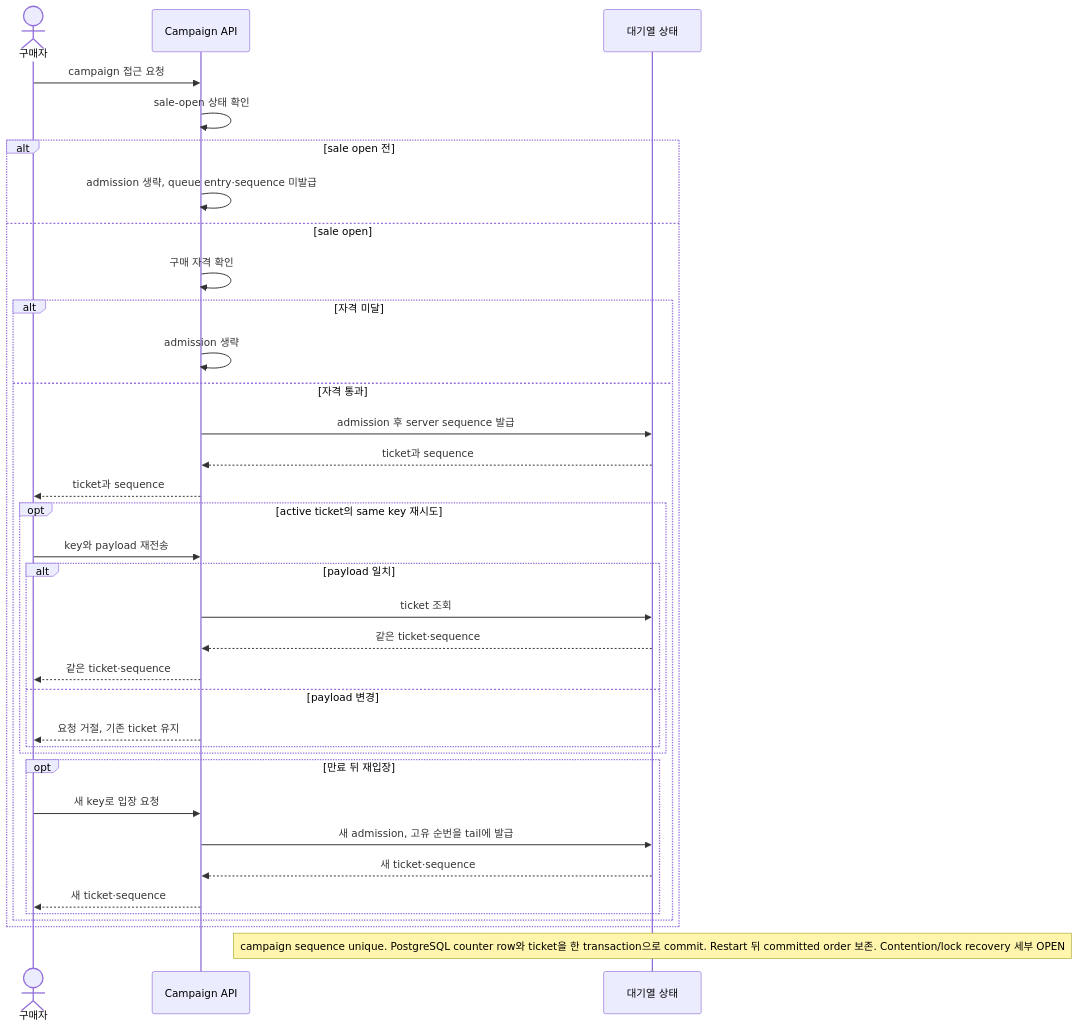
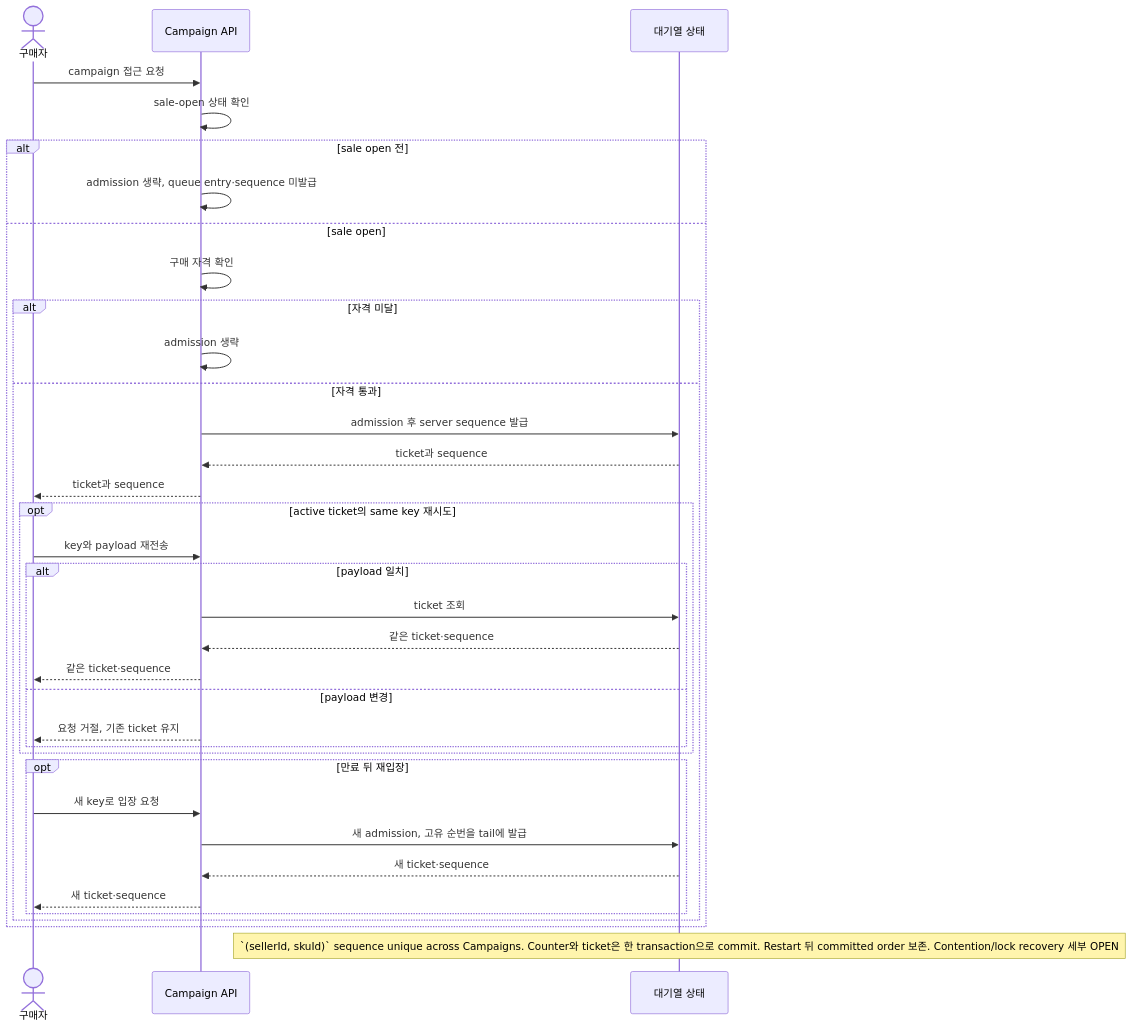
One commit to Neo1228/ATLAS changed the first of 2 diagrams in docs/03-domain/business-rules.md. Above: the diagram before and after it, drawn with Mermaid. The commit also changed other lines of this file and 169 other files, not shown here.

Commit message:
feat(seller-sku): 공유 재고·전역 FIFO 및 모듈 구조 정리 (#90)

````diff
--- a/docs/03-domain/business-rules.md
+++ b/docs/03-domain/business-rules.md
@@ -34,37 +34,37 @@
 ```mermaid
 sequenceDiagram
     actor Buyer as 구매자
     participant API as Campaign API
     participant Queue as 대기열 상태
     Buyer->>API: campaign 접근 요청
     API->>API: sale-open 상태 확인
     alt sale open 전
         API->>API: admission 생략, queue entry·sequence 미발급
     else sale open
         API->>API: 구매 자격 확인
         alt 자격 미달
             API->>API: admission 생략
         else 자격 통과
             API->>Queue: admission 후 server sequence 발급
             Queue-->>API: ticket과 sequence
             API-->>Buyer: ticket과 sequence
             opt active ticket의 same key 재시도
                 Buyer->>API: key와 payload 재전송
                 alt payload 일치
                     API->>Queue: ticket 조회
                     Queue-->>API: 같은 ticket·sequence
                     API-->>Buyer: 같은 ticket·sequence
                 else payload 변경
                     API-->>Buyer: 요청 거절, 기존 ticket 유지
                 end
             end
             opt 만료 뒤 재입장
                 Buyer->>API: 새 key로 입장 요청
                 API->>Queue: 새 admission, 고유 순번을 tail에 발급
                 Queue-->>API: 새 ticket·sequence
                 API-->>Buyer: 새 ticket·sequence
             end
         end
     end
-    Note over Queue: campaign sequence unique. PostgreSQL counter row와 ticket을 한 transaction으로 commit. Restart 뒤 committed order 보존. Contention/lock recovery 세부 OPEN
+    Note over Queue: `(sellerId, skuId)` sequence unique across Campaigns. Counter와 ticket은 한 transaction으로 commit. Restart 뒤 committed order 보존. Contention/lock recovery 세부 OPEN
 ```
````
